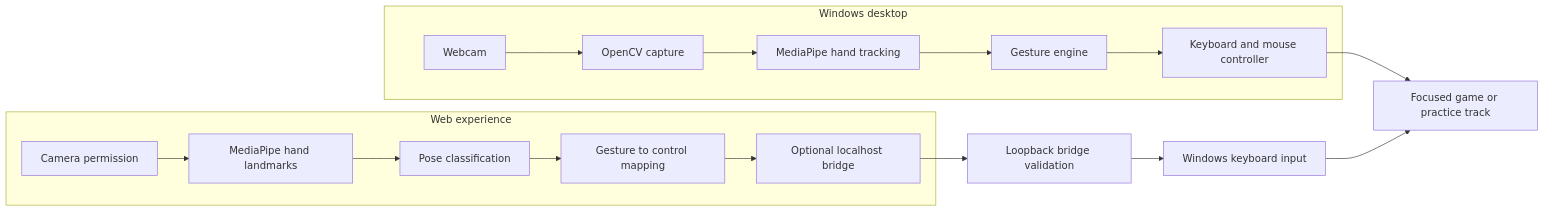
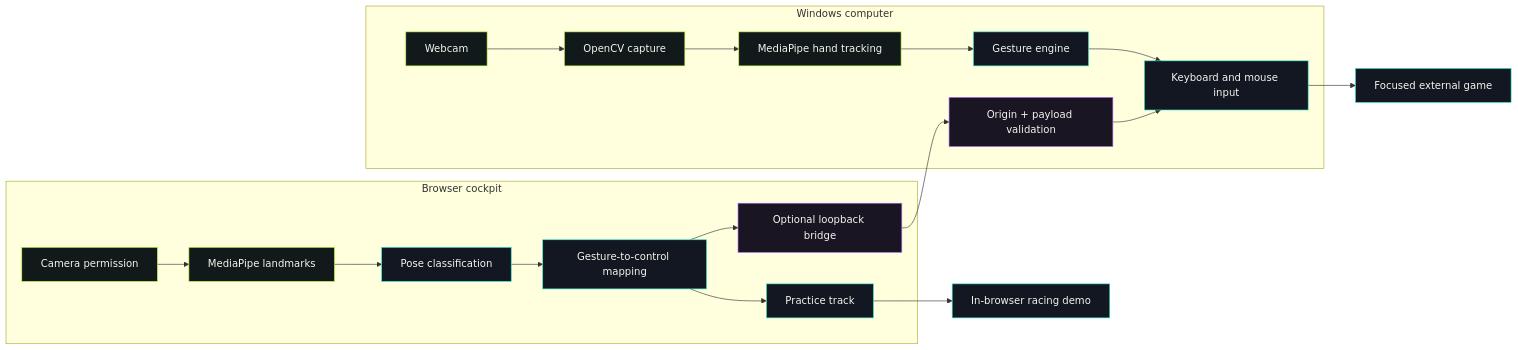
One commit to varanasisatya/gesture-racing-controller changed the diagram in README.md. Above: the diagram before and after it, drawn with Mermaid. The commit also changed other lines of this file and 3 other files, not shown here.

````diff
--- a/README.md
+++ b/README.md
@@ -58,21 +82,29 @@
-```mermaid
+~~~mermaid
 flowchart LR
-  subgraph Browser[Web experience]
-    CAM[Camera permission] --> MP[MediaPipe hand landmarks]
-    MP --> POSE[Pose classification]
-    POSE --> MAP[Gesture to control mapping]
-    MAP --> LOCAL[Optional localhost bridge]
+  subgraph Web["Browser cockpit"]
+    C["Camera permission"] --> M["MediaPipe landmarks"]
+    M --> P["Pose classification"]
+    P --> G["Gesture-to-control mapping"]
+    G --> B["Optional loopback bridge"]
+    G --> D["Practice track"]
   end
 
-  subgraph Windows[Windows desktop]
-    WEBCAM[Webcam] --> CV[OpenCV capture]
-    CV --> HAND[MediaPipe hand tracking]
-    HAND --> ENGINE[Gesture engine]
-    ENGINE --> INPUT[Keyboard and mouse controller]
+  subgraph PC["Windows computer"]
+    W["Webcam"] --> O["OpenCV capture"]
+    O --> T["MediaPipe hand tracking"]
+    T --> E["Gesture engine"]
+    E --> I["Keyboard and mouse input"]
+    B --> V["Origin + payload validation"]
+    V --> I
   end
 
-  LOCAL --> VALIDATE[Loopback bridge validation]
-  VALIDATE --> OS[Windows keyboard input]
-  INPUT --> GAME[Focused game or practice track]
-  OS --> GAME
-```
+  I --> X["Focused external game"]
+  D --> R["In-browser racing demo"]
+
+  classDef vision fill:#11191A,stroke:#B7F542,color:#F4F5EE
+  classDef control fill:#121722,stroke:#35E8D0,color:#F4F5EE
+  classDef safety fill:#191522,stroke:#B468FF,color:#F4F5EE
+  class C,M,W,O,T vision
+  class P,G,E,I,D,R,X control
+  class B,V safety
+~~~
````
